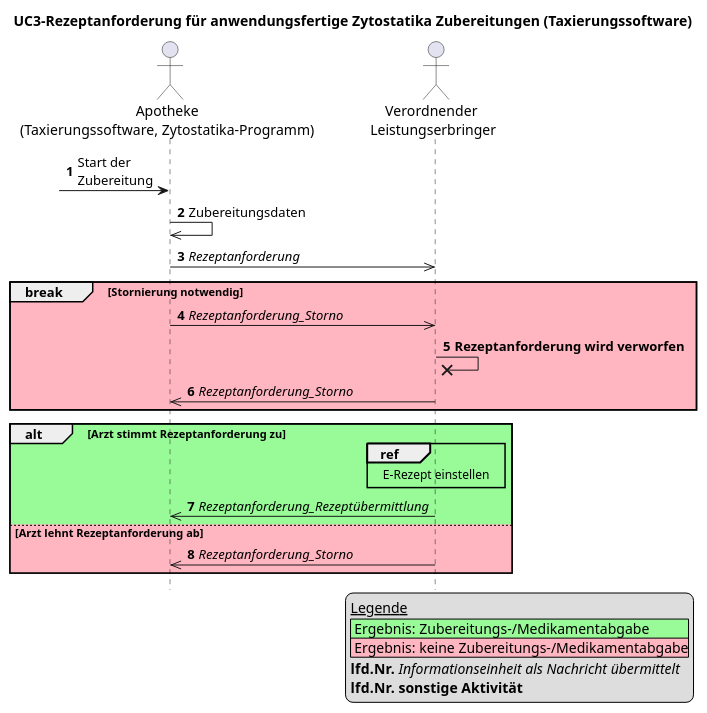
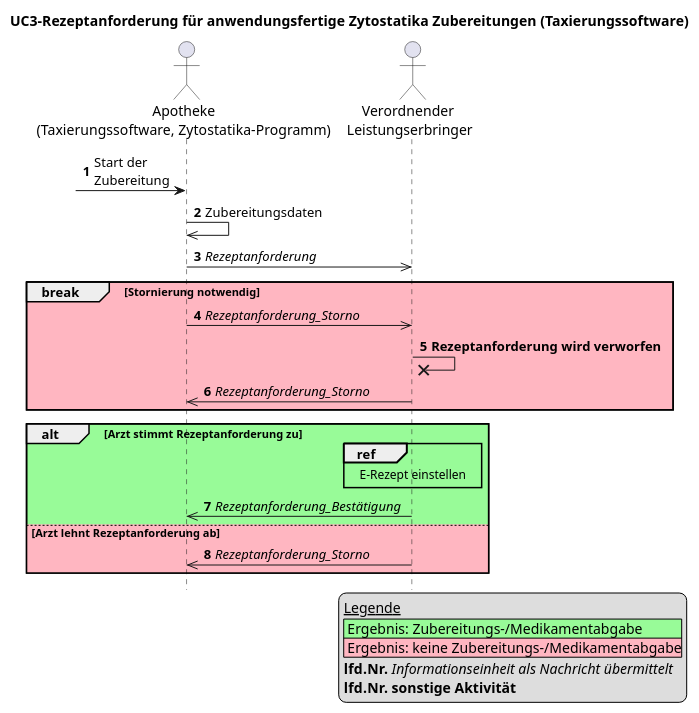
One commit to gematik/spec-E-Rezept-ServiceRequest changed the diagram in Resources/puml/gemF_eRp_KIM/UC3-rezeptanforderung-zytostatika-taxsoftware.puml. Above: the diagram before and after it, drawn with PlantUML. The commit also changed 11 other files, not shown here.

```diff
--- a/Resources/puml/gemF_eRp_KIM/UC3-rezeptanforderung-zytostatika-taxsoftware.puml
+++ b/Resources/puml/gemF_eRp_KIM/UC3-rezeptanforderung-zytostatika-taxsoftware.puml
@@ -1,47 +1,47 @@
 @startuml name = "UC3-Rezeptanforderung-Taxierungssoftware"
 
 
 skinparam maxMessageSize 300
 
 title UC3-Rezeptanforderung für anwendungsfertige Zytostatika Zubereitungen (Taxierungssoftware)
 hide footbox
 autonumber
 
 
 actor "Apotheke\n(Taxierungssoftware, Zytostatika-Programm)" as AVS
 actor "Verordnender \nLeistungserbringer" as Arzt
 
 participant "Primärsystem" as Arzt
 
 
 legend bottom right
     __Legende__
     |<#PaleGreen> Ergebnis: Zubereitungs-/Medikamentabgabe|
     |<#LightPink> Ergebnis: keine Zubereitungs-/Medikamentabgabe|
     **lfd.Nr.** //Informationseinheit als Nachricht übermittelt//
     **lfd.Nr.** **sonstige Aktivität**
 endlegend
 
 ?-> AVS: Start der \nZubereitung
 
 AVS ->> AVS: Zubereitungsdaten
 
 AVS ->> Arzt: //Rezeptanforderung//
 
 break #LightPink Stornierung notwendig
     AVS ->> Arzt: //Rezeptanforderung_Storno//
     Arzt ->x Arzt: **Rezeptanforderung wird verworfen**
     Arzt ->> AVS: //Rezeptanforderung_Storno//
 end
 
 alt #PaleGreen Arzt stimmt Rezeptanforderung zu
     ref over Arzt, Arzt #lightyellow
         E-Rezept einstellen
     end ref
-    Arzt ->> AVS: //Rezeptanforderung_Rezeptübermittlung//
+    Arzt ->> AVS: //Rezeptanforderung_Bestätigung//
 else #LightPink Arzt lehnt Rezeptanforderung ab
     Arzt ->> AVS: //Rezeptanforderung_Storno//
 
 end
 
 @enduml
```
